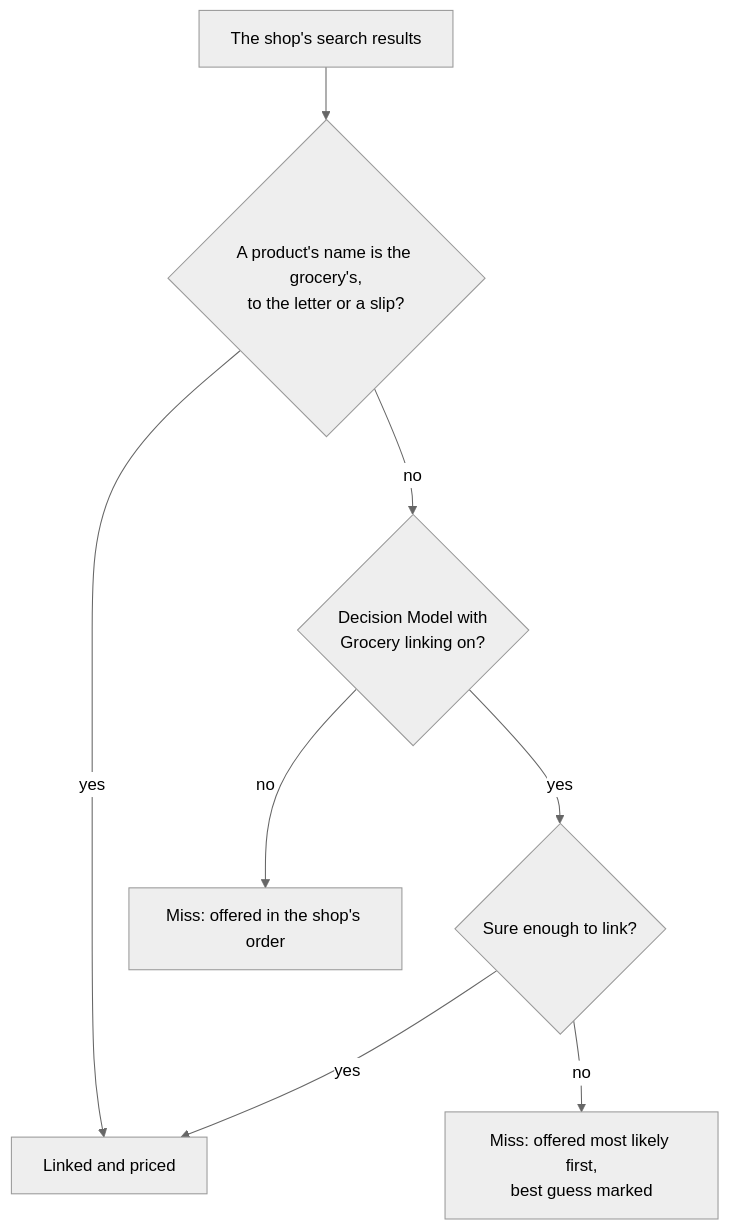
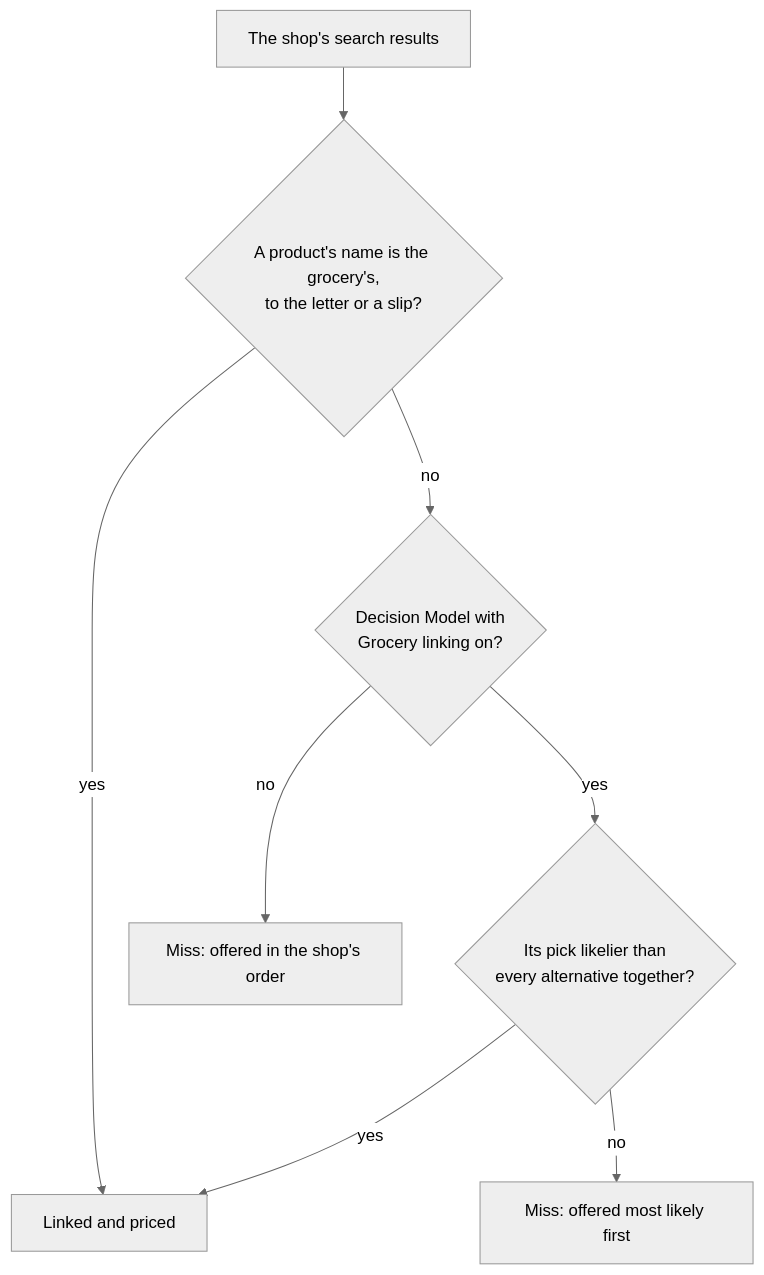
The diagram in apps/docs/docs/groceries/prices.md (jlintula/norish), drawn with Mermaid (neutral theme) before and after one commit. The commit also changed other lines of this file and 54 other files, not shown here.

````diff
--- a/apps/docs/docs/groceries/prices.md
+++ b/apps/docs/docs/groceries/prices.md
@@ -39,10 +39,10 @@
 ```mermaid
 flowchart TD
   S[The shop's search results] --> N{"A product's name is the grocery's,<br/>to the letter or a slip?"}
   N -- yes --> L[Linked and priced]
   N -- no --> D{Decision Model with<br/>Grocery linking on?}
   D -- no --> M[Miss: offered in the shop's order]
-  D -- yes --> P{Sure enough to link?}
+  D -- yes --> P{"Its pick likelier than<br/>every alternative together?"}
   P -- yes --> L
-  P -- no --> O[Miss: offered most likely first,<br/>best guess marked]
+  P -- no --> O[Miss: offered most likely first]
 ```
````
